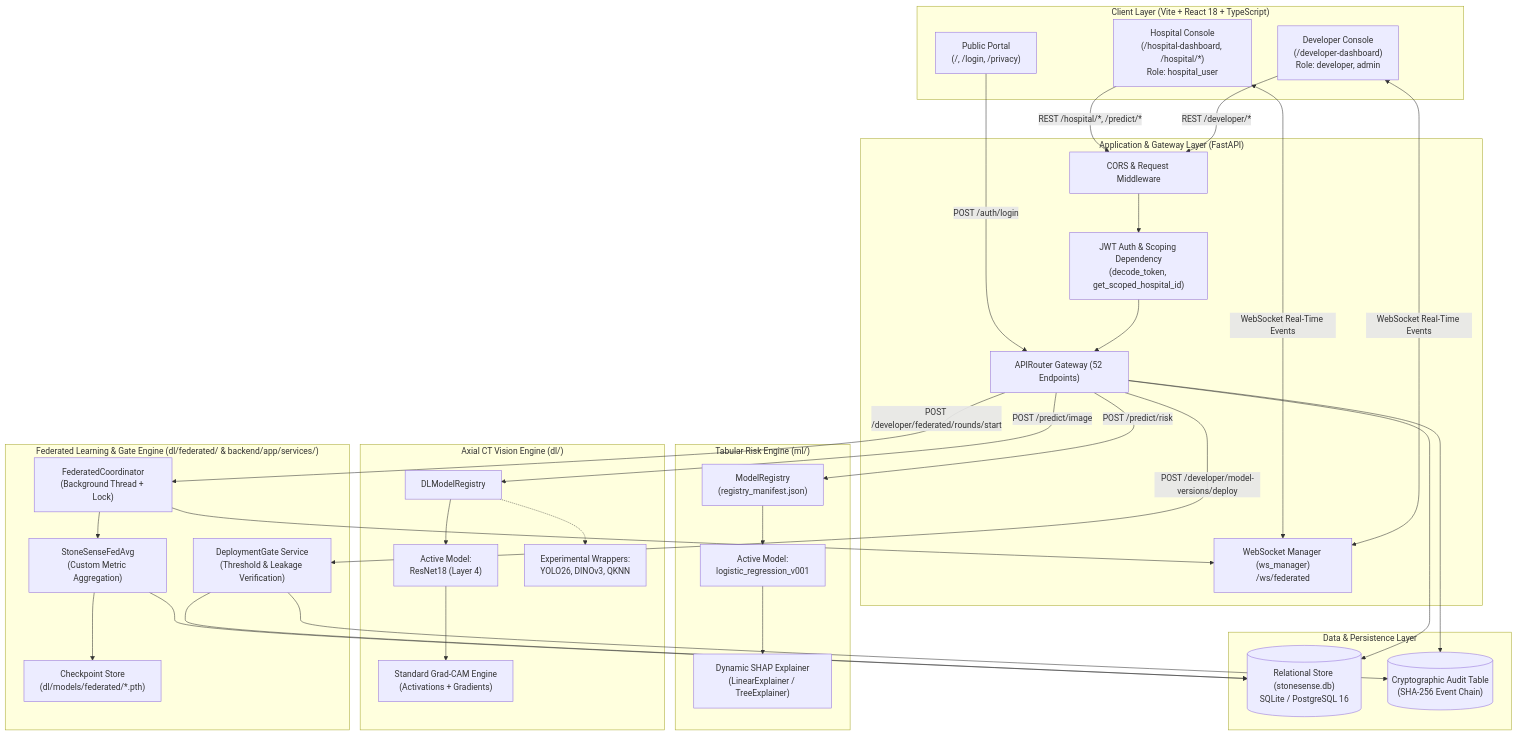
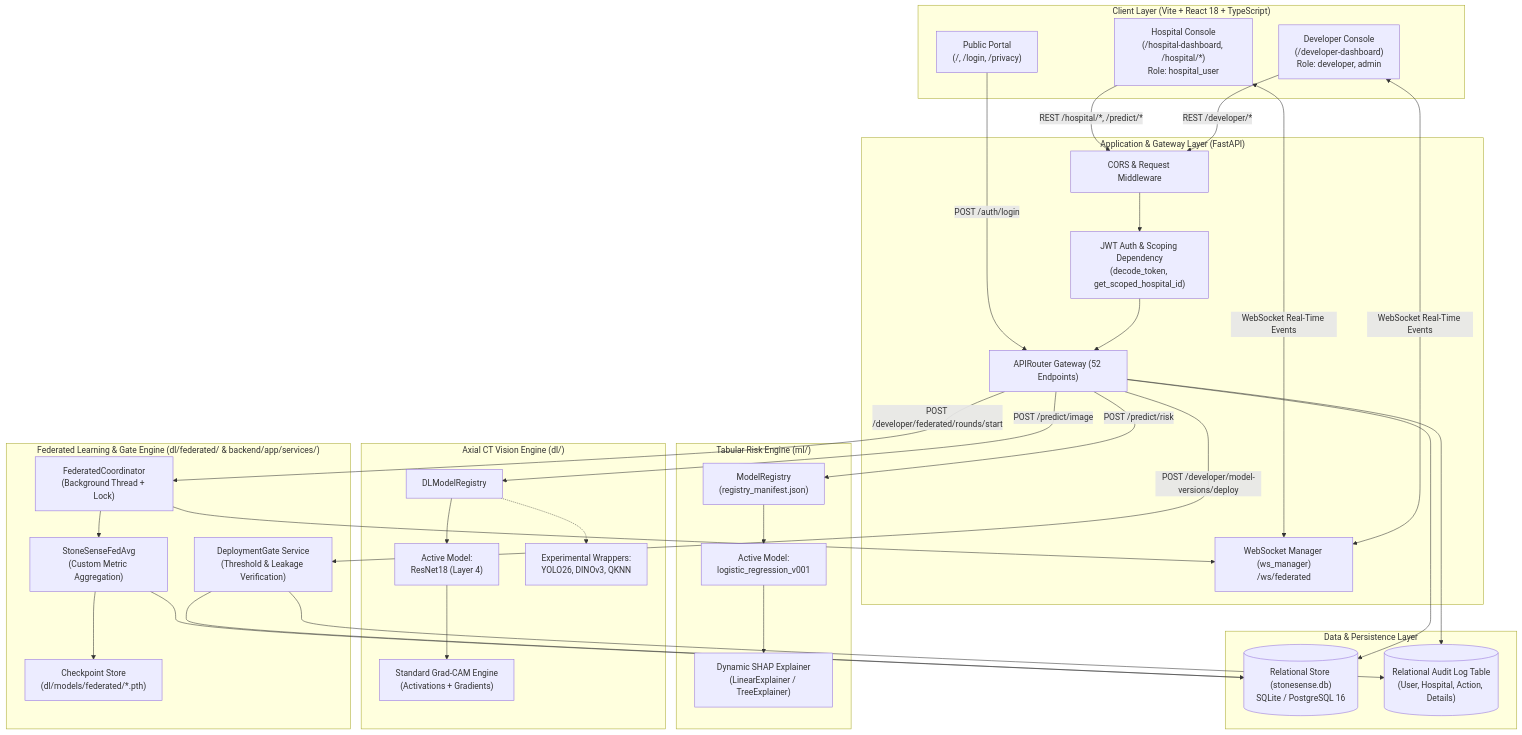
The diagram in docs/ARCHITECTURE.md (akhilan77/StoneSense-AI), drawn with Mermaid before and after one commit. The commit also changed other lines of this file and 8 other files, not shown here.

Commit message:
docs(phase7): update architecture, model card, audit report, and security runbooks

````diff
--- a/docs/ARCHITECTURE.md
+++ b/docs/ARCHITECTURE.md
@@ -20,74 +20,74 @@
 ```mermaid
 flowchart TD
     subgraph ClientTier["Client Layer (Vite + React 18 + TypeScript)"]
         HospUI["Hospital Console\n(/hospital-dashboard, /hospital/*)\nRole: hospital_user"]
         DevUI["Developer Console\n(/developer-dashboard)\nRole: developer, admin"]
         PubUI["Public Portal\n(/, /login, /privacy)"]
     end
 
     subgraph APITier["Application & Gateway Layer (FastAPI)"]
         CORS["CORS & Request Middleware"]
         AuthMid["JWT Auth & Scoping Dependency\n(decode_token, get_scoped_hospital_id)"]
         Router["APIRouter Gateway (52 Endpoints)"]
         WS["WebSocket Manager (ws_manager)\n/ws/federated"]
     end
 
     subgraph DataTier["Data & Persistence Layer"]
         DB[("Relational Store (stonesense.db)\nSQLite / PostgreSQL 16")]
-        AuditStore[("Cryptographic Audit Table\n(SHA-256 Event Chain)")]
+        AuditStore[("Relational Audit Log Table\n(User, Hospital, Action, Details)")]
     end
 
     subgraph MLSubsystem["Tabular Risk Engine (ml/)"]
         MLReg["ModelRegistry\n(registry_manifest.json)"]
         ActiveML["Active Model:\nlogistic_regression_v001"]
         SHAP["Dynamic SHAP Explainer\n(LinearExplainer / TreeExplainer)"]
     end
 
     subgraph DLSubsystem["Axial CT Vision Engine (dl/)"]
         DLReg["DLModelRegistry"]
         ActiveDL["Active Model:\nResNet18 (Layer 4)"]
         GradCAM["Standard Grad-CAM Engine\n(Activations + Gradients)"]
         Wrappers["Experimental Wrappers:\nYOLO26, DINOv3, QKNN"]
     end
 
     subgraph FedSubsystem["Federated Learning & Gate Engine (dl/federated/ & backend/app/services/)"]
         Coord["FederatedCoordinator\n(Background Thread + Lock)"]
         Strategy["StoneSenseFedAvg\n(Custom Metric Aggregation)"]
         Gate["DeploymentGate Service\n(Threshold & Leakage Verification)"]
         Checkpoints["Checkpoint Store\n(dl/models/federated/*.pth)"]
     end
 
     %% Client to API
     PubUI -->|POST /auth/login| Router
     HospUI -->|REST /hospital/*, /predict/*| CORS
     DevUI -->|REST /developer/*| CORS
     HospUI <-->|WebSocket Real-Time Events| WS
     DevUI <-->|WebSocket Real-Time Events| WS
 
     %% Gateway to Auth & Router
     CORS --> AuthMid
     AuthMid --> Router
     Router --> DB
     Router --> AuditStore
 
     %% Router to Engines
     Router -->|POST /predict/risk| MLReg
     MLReg --> ActiveML
     ActiveML --> SHAP
 
     Router -->|POST /predict/image| DLReg
     DLReg --> ActiveDL
     ActiveDL --> GradCAM
     DLReg -.-> Wrappers
 
     %% Router to Federated & Governance
     Router -->|POST /developer/federated/rounds/start| Coord
     Coord --> Strategy
     Strategy --> Checkpoints
     Strategy --> DB
     Coord --> WS
 
     Router -->|POST /developer/model-versions/deploy| Gate
     Gate --> DB
     Gate --> AuditStore
 ```
````
